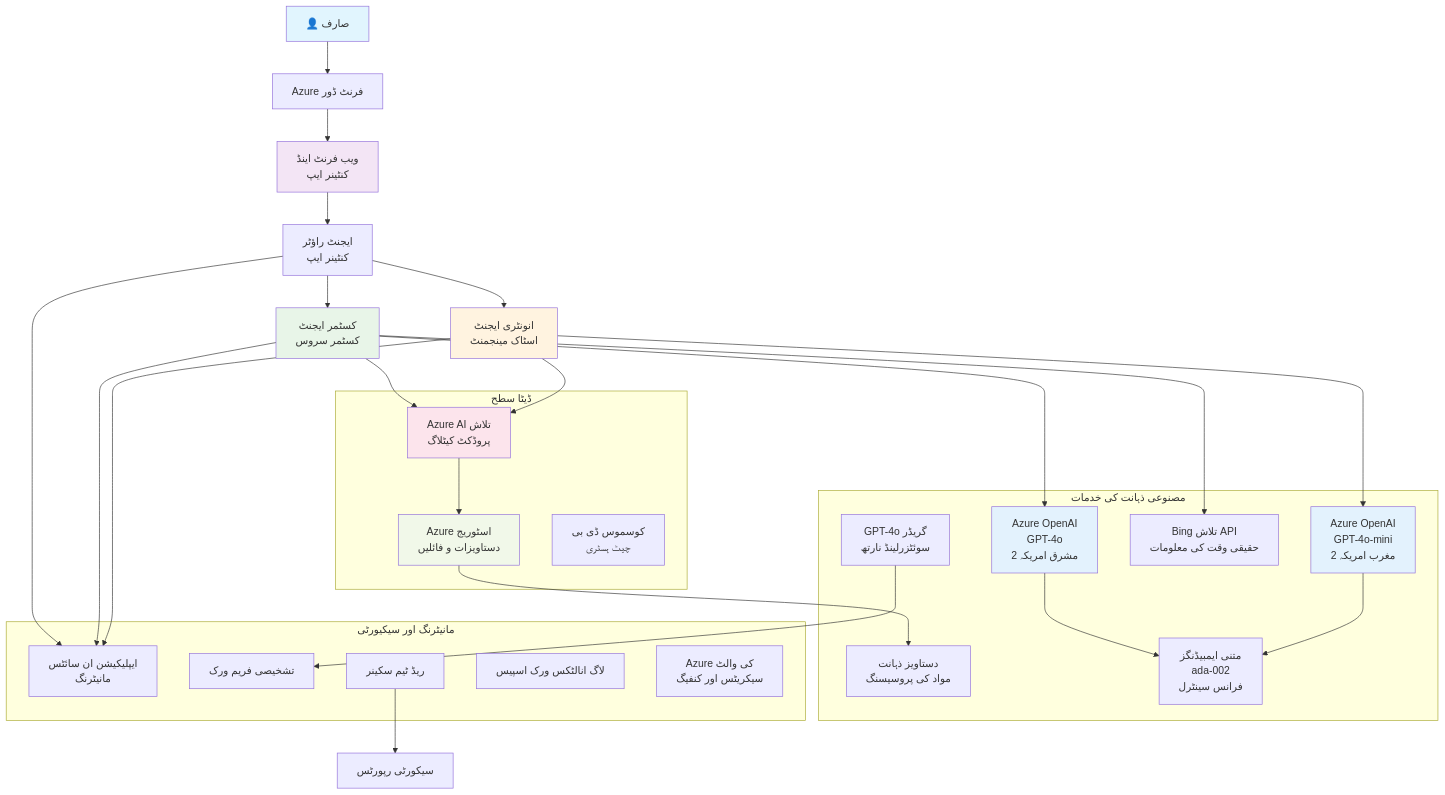
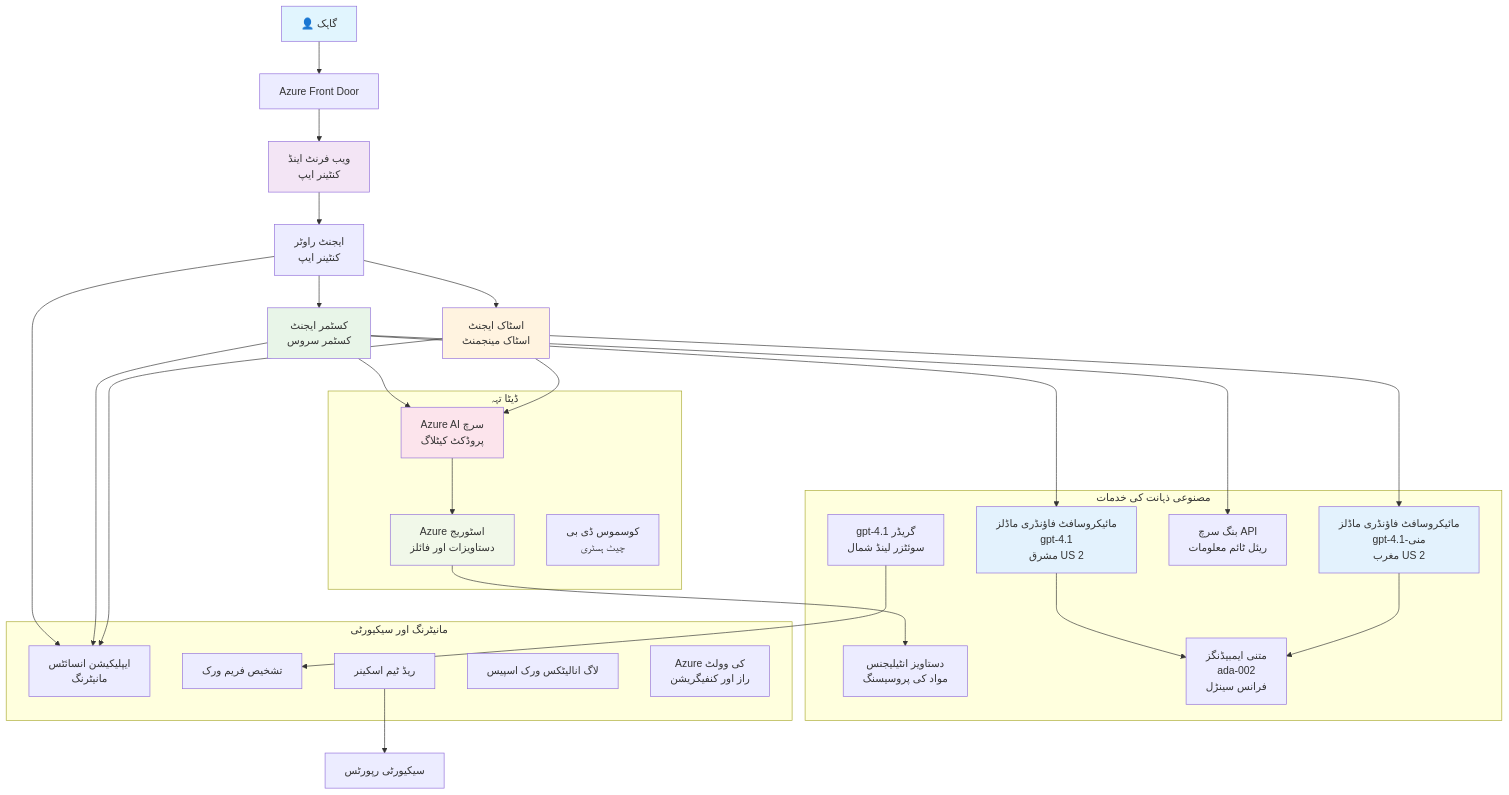
Before and after one commit to microsoft/AZD-for-beginners: the diagram in translations/ur/examples/retail-scenario.md, drawn with Mermaid. The commit also changed other lines of this file and 101 other files, not shown here.

````diff
--- a/translations/ur/examples/retail-scenario.md
+++ b/translations/ur/examples/retail-scenario.md
@@ -140,61 +140,61 @@
 ```mermaid
 graph TB
-    User[👤 صارف] --> LB[Azure فرنٹ ڈور]
+    User[👤 گاہک] --> LB[Azure Front Door]
     LB --> WebApp[ویب فرنٹ اینڈ<br/>کنٹینر ایپ]
     
-    WebApp --> Router[ایجنٹ راؤٹر<br/>کنٹینر ایپ]
+    WebApp --> Router[ایجنٹ راوٹر<br/>کنٹینر ایپ]
     Router --> CustomerAgent[کسٹمر ایجنٹ<br/>کسٹمر سروس]
-    Router --> InvAgent[انونٹری ایجنٹ<br/>اسٹاک مینجمنٹ]
+    Router --> InvAgent[اسٹاک ایجنٹ<br/>اسٹاک مینجمنٹ]
     
-    CustomerAgent --> OpenAI1[Azure OpenAI<br/>GPT-4o<br/>مشرق امریکہ 2]
-    InvAgent --> OpenAI2[Azure OpenAI<br/>GPT-4o-mini<br/>مغرب امریکہ 2]
+    CustomerAgent --> OpenAI1[مائیکروسافٹ فاؤنڈری ماڈلز<br/>gpt-4.1<br/>مشرق US 2]
+    InvAgent --> OpenAI2[مائیکروسافٹ فاؤنڈری ماڈلز<br/>gpt-4.1-منی<br/>مغرب US 2]
     
-    CustomerAgent --> AISearch[Azure AI تلاش<br/>پروڈکٹ کیٹلاگ]
-    CustomerAgent --> BingSearch[Bing تلاش API<br/>حقیقی وقت کی معلومات]
+    CustomerAgent --> AISearch[Azure AI سرچ<br/>پروڈکٹ کیٹلاگ]
+    CustomerAgent --> BingSearch[بنگ سرچ API<br/>ریئل ٹائم معلومات]
     InvAgent --> AISearch
     
-    AISearch --> Storage[Azure اسٹوریج<br/>دستاویزات و فائلیں]
-    Storage --> DocIntel[دستاویز ذہانت<br/>مواد کی پروسیسنگ]
+    AISearch --> Storage[Azure اسٹوریج<br/>دستاویزات اور فائلز]
+    Storage --> DocIntel[دستاویز انٹیلیجنس<br/>مواد کی پروسیسنگ]
     
-    OpenAI1 --> Embeddings[متنی ایمبیڈنگز<br/>ada-002<br/>فرانس سینٹرل]
+    OpenAI1 --> Embeddings[متنی ایمبیڈنگز<br/>ada-002<br/>فرانس سینڑل]
     OpenAI2 --> Embeddings
     
-    Router --> AppInsights[ایپلیکیشن ان سائٹس<br/>مانیٹرنگ]
+    Router --> AppInsights[ایپلیکیشن انسائٹس<br/>مانیٹرنگ]
     CustomerAgent --> AppInsights
     InvAgent --> AppInsights
     
-    GraderModel[GPT-4o گریڈر<br/>سوئٹزرلینڈ نارتھ] --> Evaluation[تشخیصی فریم ورک]
-    RedTeam[ریڈ ٹیم سکینر] --> SecurityReports[سیکورٹی رپورٹس]
+    GraderModel[gpt-4.1 گریڈر<br/>سوئٹزر لینڈ شمال] --> Evaluation[تشخیص فریم ورک]
+    RedTeam[ریڈ ٹیم اسکینر] --> SecurityReports[سیکیورٹی رپورٹس]
     
-    subgraph "ڈیٹا سطح"
+    subgraph "ڈیٹا تہہ"
         Storage
         AISearch
         CosmosDB[کوسموس ڈی بی<br/>چیٹ ہسٹری]
     end
     
     subgraph "مصنوعی ذہانت کی خدمات"
         OpenAI1
         OpenAI2
         Embeddings
         GraderModel
         DocIntel
         BingSearch
     end
     
     subgraph "مانیٹرنگ اور سیکیورٹی"
         AppInsights
-        LogAnalytics[لاگ انالٹکس ورک اسپیس]
-        KeyVault[Azure کی والٹ<br/>سیکریٹس اور کنفیگ]
+        LogAnalytics[لاگ انالیٹکس ورک اسپیس]
+        KeyVault[Azure کی وولٹ<br/>راز اور کنفیگریشن]
         RedTeam
         Evaluation
     end
     
     style User fill:#e1f5fe
     style WebApp fill:#f3e5f5
     style CustomerAgent fill:#e8f5e8
     style InvAgent fill:#fff3e0
     style OpenAI1 fill:#e3f2fd
     style OpenAI2 fill:#e3f2fd
     style AISearch fill:#fce4ec
     style Storage fill:#f1f8e9
 ```  
````
